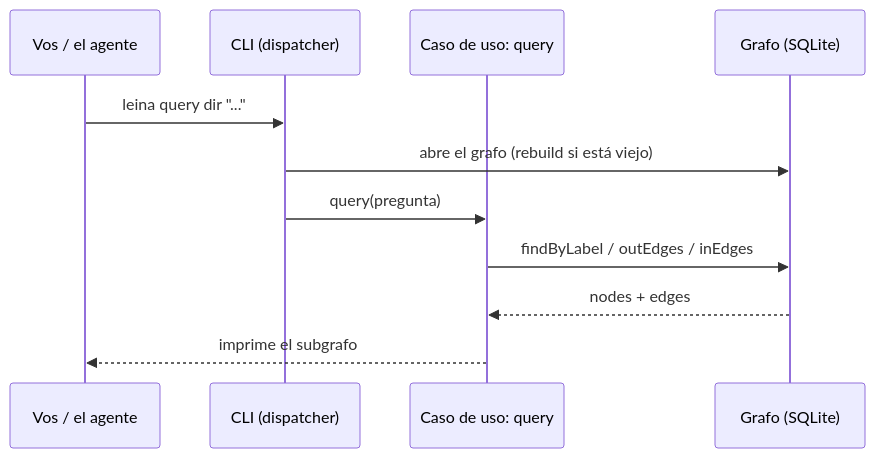
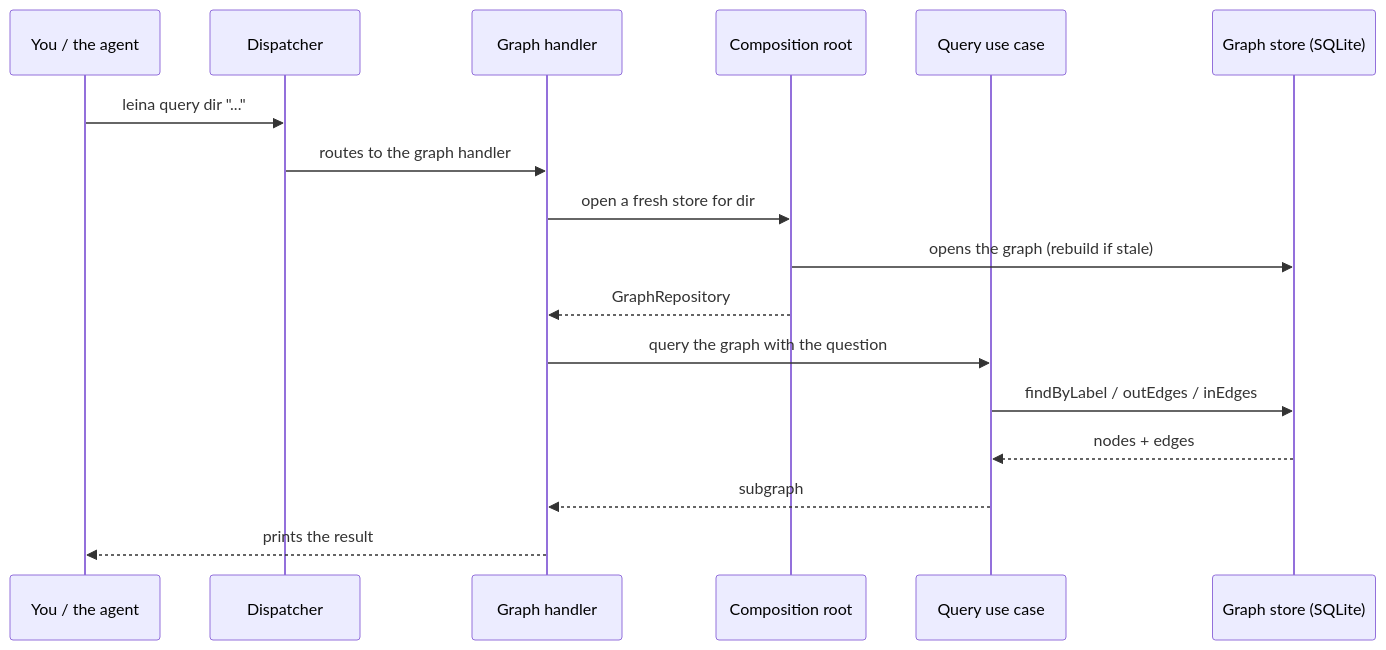
The third of 4 diagrams in docs/concepts/01-arquitectura.md (Kolimar/leina), drawn with Mermaid before and after one commit. The commit also changed other lines of this file and 27 other files, not shown here.

````diff
--- a/docs/concepts/01-arquitectura.md
+++ b/docs/concepts/01-arquitectura.md
@@ -83,14 +99,20 @@
 ```mermaid
 sequenceDiagram
-    participant U as Vos / el agente
-    participant I as CLI (dispatcher)
-    participant A as Caso de uso: query
-    participant S as Grafo (SQLite)
+    participant U as You / the agent
+    participant I as Dispatcher
+    participant H as Graph handler
+    participant W as Composition root
+    participant A as Query use case
+    participant S as Graph store (SQLite)
 
     U->>I: leina query dir "..."
-    I->>S: abre el grafo (rebuild si está viejo)
-    I->>A: query(pregunta)
+    I->>H: routes to the graph handler
+    H->>W: open a fresh store for dir
+    W->>S: opens the graph (rebuild if stale)
+    W-->>H: GraphRepository
+    H->>A: query the graph with the question
     A->>S: findByLabel / outEdges / inEdges
     S-->>A: nodes + edges
-    A-->>U: imprime el subgrafo
+    A-->>H: subgraph
+    H-->>U: prints the result
 ```
````
